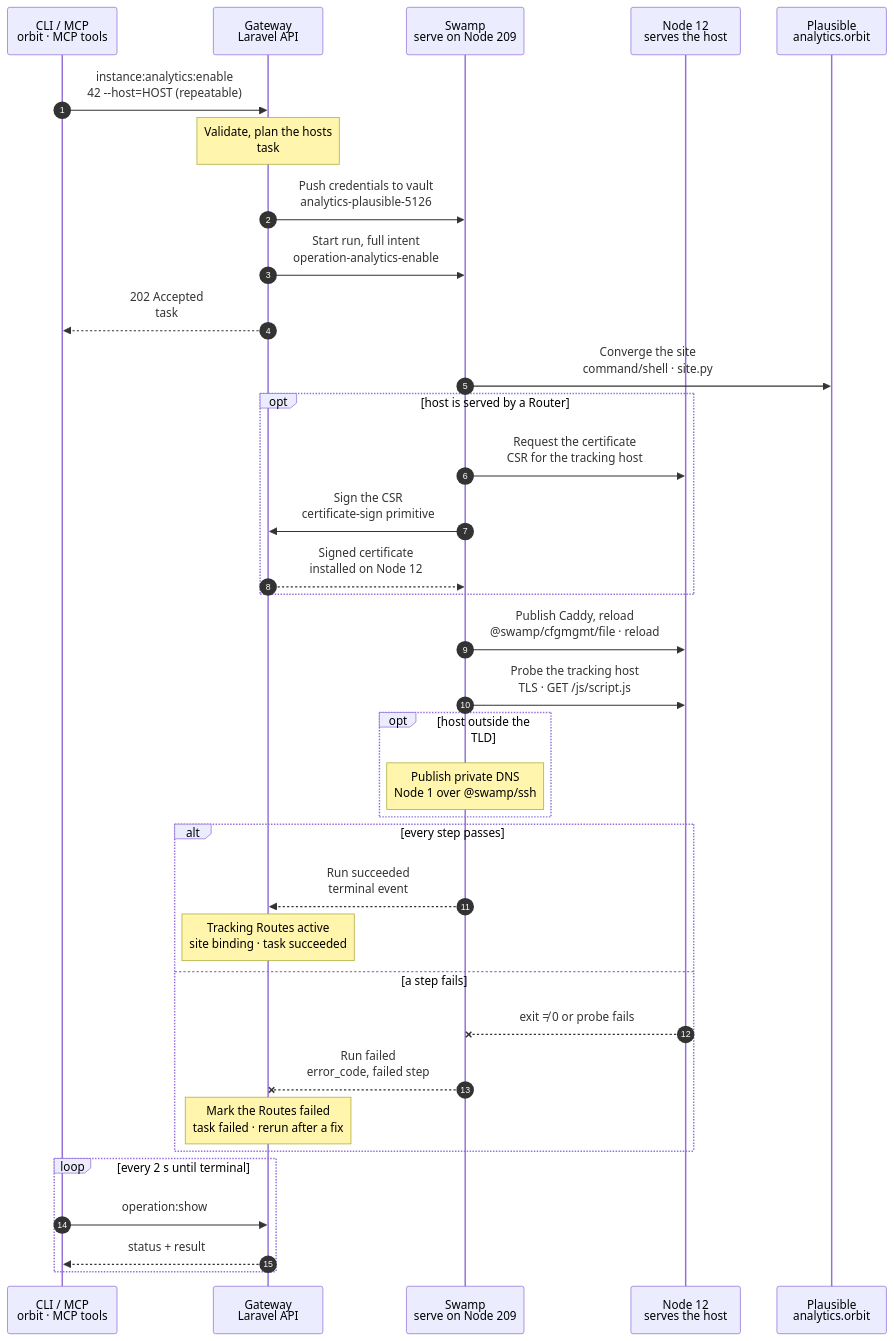
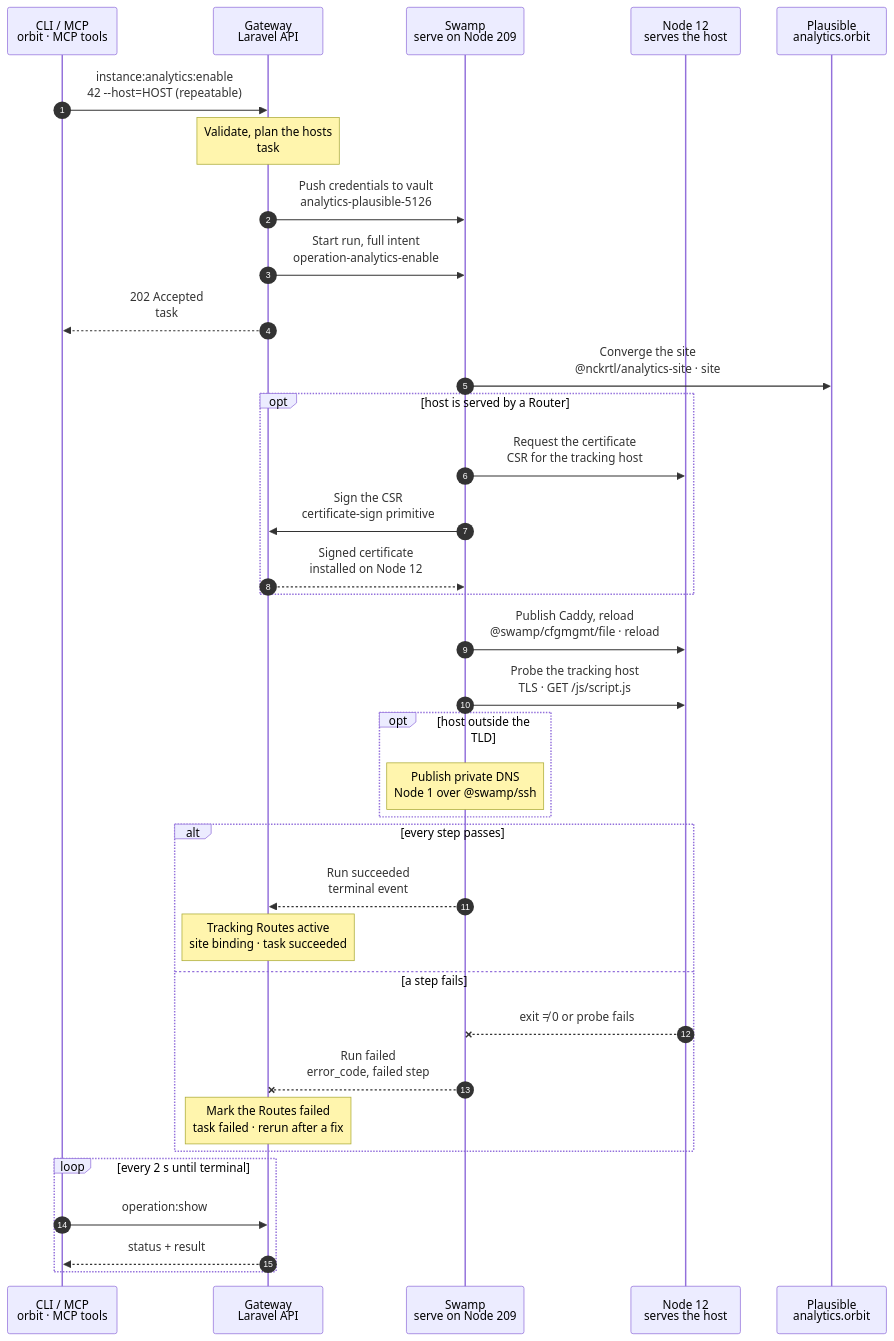
Before and after one commit to hardimpactdev/orbit: the diagram in docs/cli/instance/analytics-enable.mmd, drawn with Mermaid. The commit also changed 9 other files, not shown here.

First line of the commit message:
refactor(swamp): rule 22 for analytics-site: the Plausible site action group is a behavior method

```diff
--- a/docs/cli/instance/analytics-enable.mmd
+++ b/docs/cli/instance/analytics-enable.mmd
@@ -1,129 +1,129 @@
 sequenceDiagram
   %% Target design: ADR 0244 task, Recall analytics-plausible-via-swamp, DECISIONS 1 (cert signing), R2-R4. docs/reference/analytics.md.
   %% Tightened: flow-tighten 2026-11-02, rules 3, 22 (DNS only outside the TLD; cfgmgmt file for the Caddy sections).
   %% status: draft
   %% command: instance:analytics:enable
   %% kind: analytics.enable
   autonumber
   %% lane CLI icon=terminal pill=caller tone=gray
   %% lane GW icon=gateway pill=intent tone=blue
   %% lane SW icon=workflow pill=executes tone=green
   %% lane N icon=server pill=target tone=amber
   %% lane P icon=server pill=target tone=purple
   participant CLI as CLI / MCP<br/>orbit · MCP tools
   participant GW as Gateway<br/>Laravel API
   participant SW as Swamp<br/>serve on Node 209
   participant N as Node 12<br/>serves the host
   participant P as Plausible<br/>analytics.orbit
   CLI->>GW: instance:analytics:enable<br/>42 --host=HOST (repeatable)
   %%> Command:
   %%> - `orbit instance:analytics:enable 42 --host=stats.shop.example.com`
   %%> - syntax: `<instance> [--host=HOST]... [--json]`
   %%> Input:
   %%> - the Instance ID
   %%> - up to ten tracking hosts; without `--host`, `analytics.<instance domain>`
   %%> What it does:
   %%> - creates or updates the Instance's Plausible site, and publishes the tracking hosts
   %%> - sets the exact host set: hosts you leave out are removed
   Note over GW: Validate, plan the hosts<br/>task #5126 · Instance lock
   %%> Requirements:
   %%> - your Node has an access grant to Node 12
   %%> - a Node has the active `analytics` role (`analytics.role_missing`)
   %%> - Instance 42 serves a domain (`analytics.domain_required`)
   %%> - no other Route owns a named host (`analytics.host_taken`)
   %%> - no other analytics or Route change runs for Instance 42; the Gateway holds one lock
   %%> Builds:
   %%> - the site domain (the Instance's own domain), timezone and goals
   %%> - each host's tracking Route, copying the Node, Cluster and publication of the Instance's Route
   %%> - the Caddy sites, certificate requests and before state
   %%> Result:
   %%> - tracking Routes recorded as provisioning; task #5126 recorded with the full intent
   GW->>SW: Push credentials to vault<br/>analytics-plausible-5126
   %%> What it does:
   %%> - writes the Plausible login to the Swamp vault after commit (R3)
   %%> Why:
   %%> - the workflow gets only the vault key name, never the value
   GW->>SW: Start run, full intent<br/>operation-analytics-enable
   %%> What it does:
   %%> - starts one Swamp run on serve (Node 209)
   %%> Inputs:
   %%> - the site, goals, hosts, Caddy sites and certificate requests
   %%> - Node 12's address and SSH host keys; the SSH identity comes from the `swamp` role
   GW-->>CLI: 202 Accepted<br/>task #5126
   %%> What you get:
   %%> - the task number, at once
   %%> Next:
   %%> - the CLI follows the task with `operation:show`
-  SW->>P: Converge the site<br/>command/shell · site.py
+  SW->>P: Converge the site<br/>@nckrtl/analytics-site · site
   %%> How:
-  %%> - one shipped script logs in at `https://analytics.orbit` with the vault credentials
+  %%> - the behavior on Node 209 logs in at `https://analytics.orbit` over HTTP with the vault credentials
   %%> What it does:
   %%> - creates the site when it is missing, or updates it; never a duplicate
   %%> - sets the timezone and the requested goals, checks them, and logs out, also after a failure
   %%> Never:
   %%> - session cookies or tokens in outputs or files
   opt host is served by a Router
     SW->>N: Request the certificate<br/>CSR for the tracking host
     %%> When:
     %%> - only when Instance 42's Route is Cluster-scoped; then Node 12 is the Router
     %%> What it does:
     %%> - makes a key and a CSR on Node 12; the private key never leaves it
     %%> - public Ingress uses its own automatic public certificates
     SW->>GW: Sign the CSR<br/>certificate-sign primitive
     %%> Why a call to the Gateway:
     %%> - certificate signing is the one allowed step→Gateway call; the Orbit CA stays in the Gateway
     GW-->>SW: Signed certificate<br/>installed on Node 12
     %%> Returns:
     %%> - the signed certificate; Swamp installs it on Node 12
   end
   SW->>N: Publish Caddy, reload<br/>@swamp/cfgmgmt/file · reload
   %%> How:
   %%> - `@swamp/cfgmgmt/file` writes the tracking sections, which serve only `/js/*` and `/api/event`
   %%> What it does:
   %%> - adds a site per host that proxies only Plausible's script and event paths over WireGuard; every other path answers 404
   %%> - removes sites of hosts you left out; validates, then reloads Caddy without a restart
   SW->>N: Probe the tracking host<br/>TLS · GET /js/script.js
   %%> What it does:
   %%> - checks the host answers with a valid certificate and serves the script
   opt host outside the TLD
   Note over SW: Publish private DNS<br/>Node 1 over @swamp/ssh
   %%> When:
   %%> - only for a tracking host outside the Cluster or Node TLD; private DNS answers the whole TLD, so a host inside it needs no record
   %%> What it does:
   %%> - publishes the hosts' private DNS records, waits the 31-second grace, then withdraws old placements
   %%> Not included:
   %%> - the public CNAME; `instance:analytics:show` names the record to create
   %%> How:
   %%> - over SSH from 209 to the VPN Node (Node 1), with the `swamp` role's key
   end
   alt every step passes
     SW-->>GW: Run succeeded<br/>terminal event
     %%> How the Gateway learns it:
     %%> - its shared run reader sees the terminal event; Swamp never calls the Gateway
     Note over GW: Tracking Routes active<br/>site binding · task succeeded
     %%> Result:
     %%> - the tracking Routes become active; removed hosts' Routes are deleted
     %%> - the Plausible site binding is saved; task #5126 succeeds
   else a step fails
     N--xSW: exit ≠ 0 or probe fails
     %%> When:
     %%> - the Plausible call, a certificate, Caddy or the probe fails
     SW--xGW: Run failed<br/>error_code, failed step
     %%> The Gateway reads:
     %%> - which step failed and its public error code; never a Plausible response body
     Note over GW: Mark the Routes failed<br/>task failed · rerun after a fix
     %%> Result:
     %%> - the tracking Routes stay, marked failed; task #5126 fails
     %%> On the Node:
     %%> - a Plausible site already created stays; a rerun finds and reuses it
     %%> Retry:
     %%> - run the same command again; it converges the same site and hosts
   end
   loop every 2 s until terminal
     CLI->>GW: operation:show #5126
     %%> What it does:
     %%> - asks for the task's status every 2 seconds until it has ended
     GW-->>CLI: status + result
     %%> Returns:
     %%> - the current status, and the result once the task has ended
   end
```
